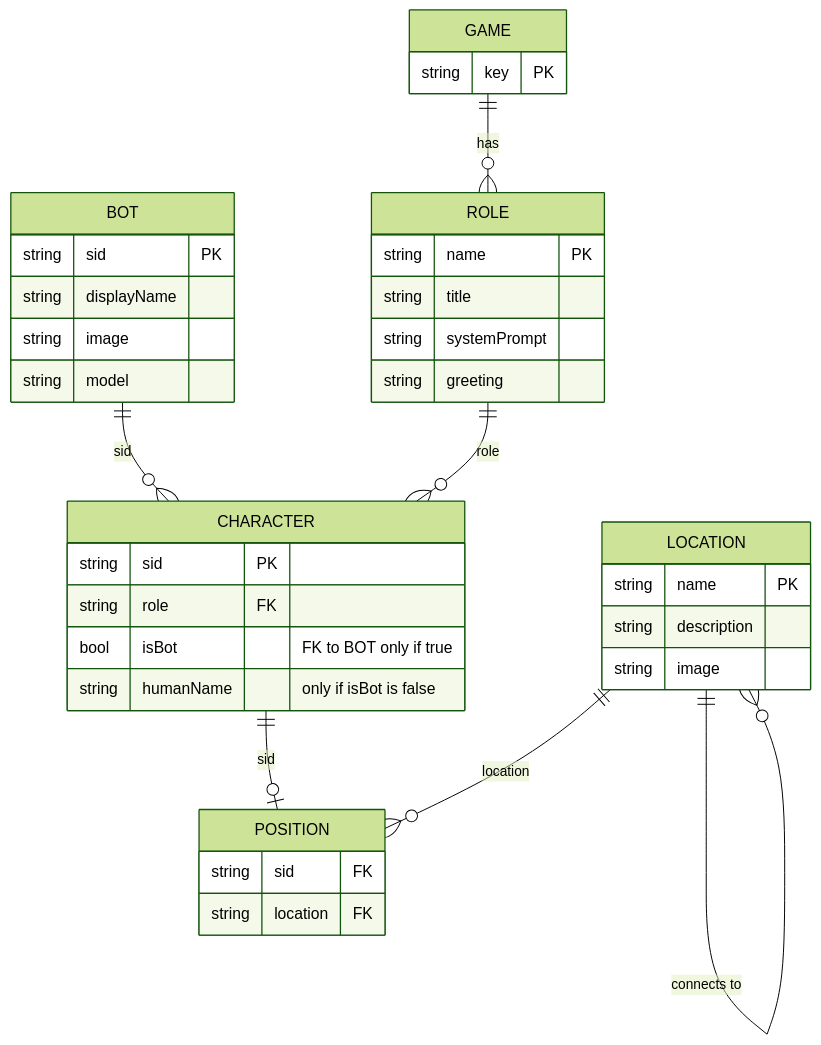
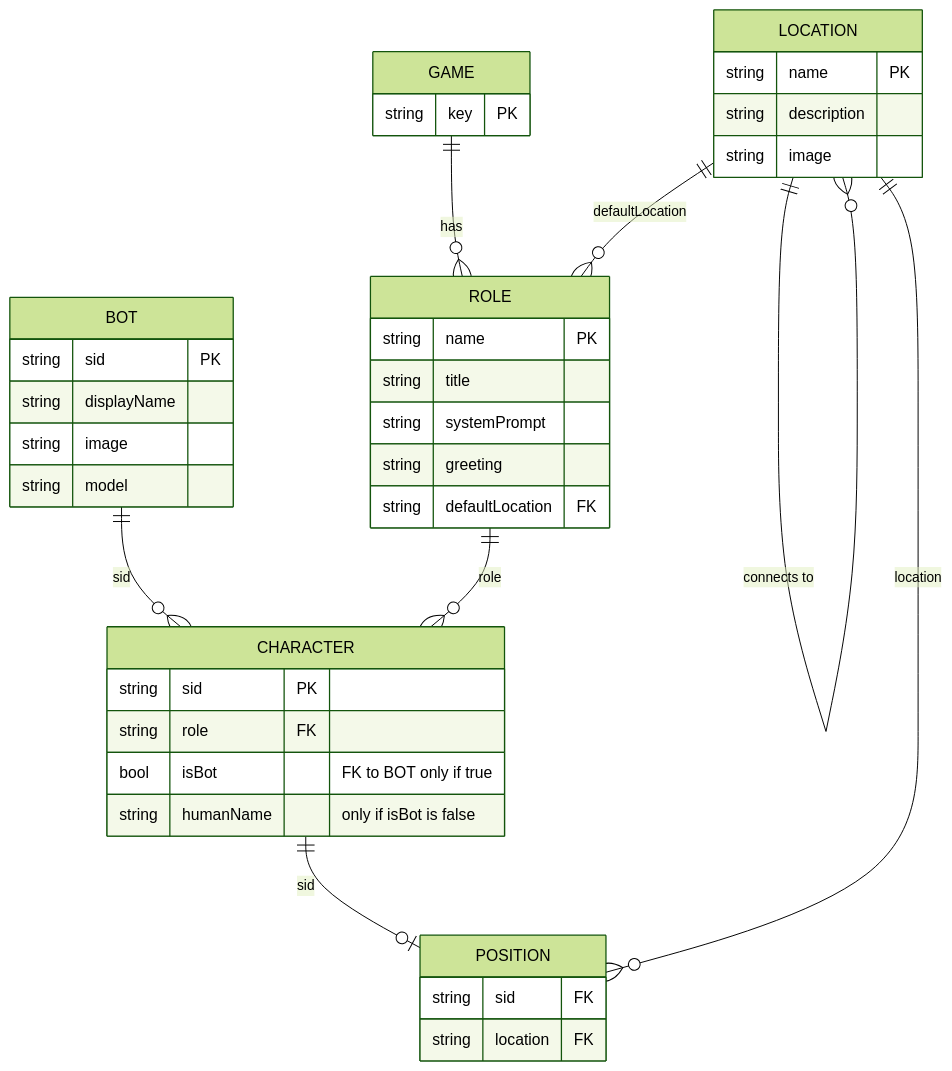
One commit to ProjectAtlantis-dev/atlantis-mcp-server changed the diagram in python-server/dynamic_functions/Home/GAME.md. Above: the diagram before and after it, drawn with Mermaid (forest theme). The commit also changed 16 other files, not shown here.

````diff
--- a/python-server/dynamic_functions/Home/GAME.md
+++ b/python-server/dynamic_functions/Home/GAME.md
@@ -3,40 +3,42 @@
 ```mermaid
 erDiagram
     BOT {
         string sid PK
         string displayName
         string image
         string model
     }
     LOCATION {
         string name PK
         string description
         string image
     }
     GAME {
         string key PK
     }
     ROLE {
         string name PK
         string title
         string systemPrompt
         string greeting
+        string defaultLocation FK
     }
     CHARACTER {
         string sid PK
         string role FK
         bool isBot "FK to BOT only if true"
         string humanName "only if isBot is false"
     }
     POSITION {
         string sid FK
         string location FK
     }
 
     LOCATION ||--o{ LOCATION : "connects to"
     GAME ||--o{ ROLE : has
     BOT ||--o{ CHARACTER : sid
+    LOCATION ||--o{ ROLE : defaultLocation
     ROLE ||--o{ CHARACTER : role
     CHARACTER ||--o| POSITION : sid
     LOCATION ||--o{ POSITION : location
 ```
````
